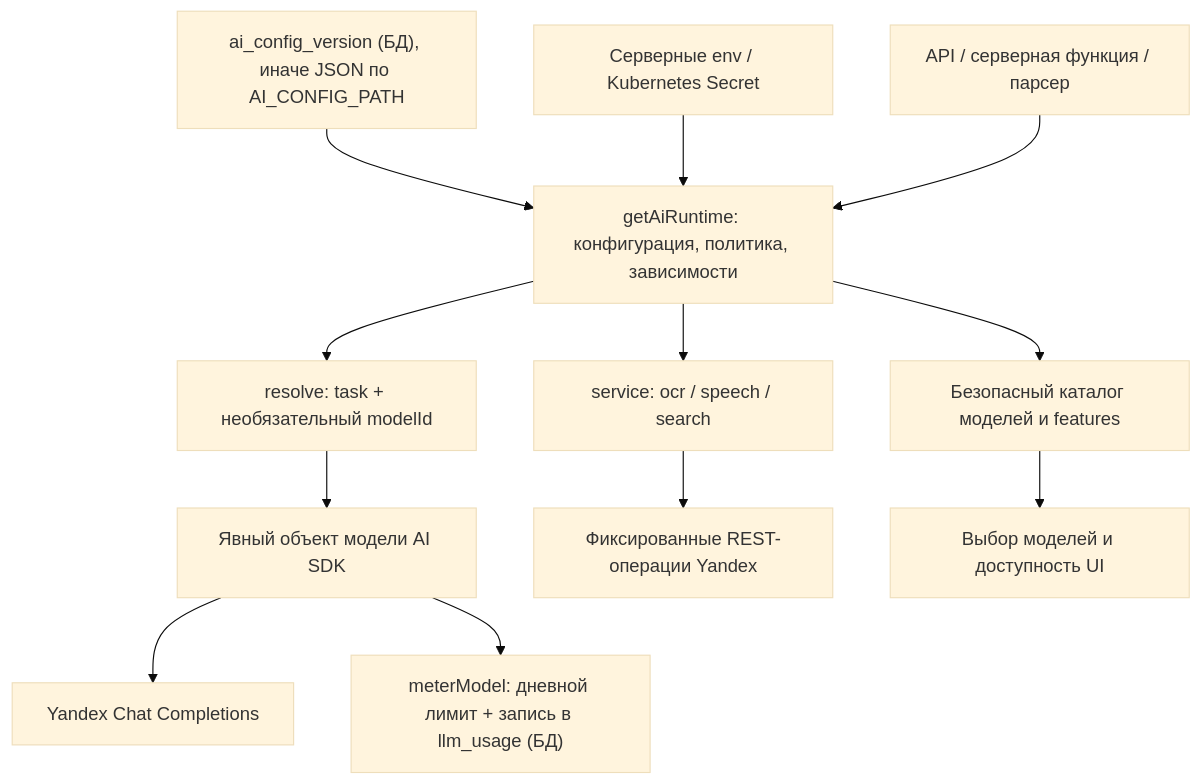
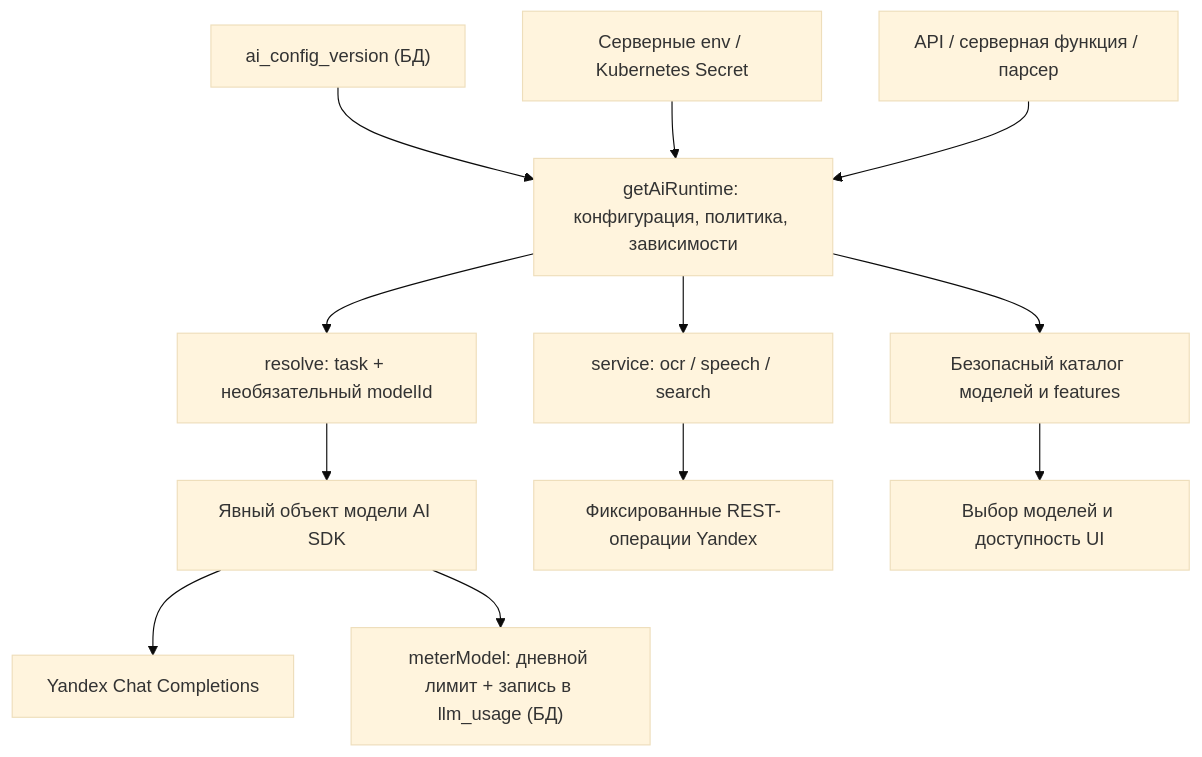
The first of 2 diagrams in docs/ai/architecture.md (in4comgroup/salesdaily-dev), drawn with Mermaid (base theme) before and after one commit. The commit also changed other lines of this file and 40 other files, not shown here.

````diff
--- a/docs/ai/architecture.md
+++ b/docs/ai/architecture.md
@@ -20,14 +20,14 @@
 ```mermaid
 flowchart TD
-    DB["ai_config_version (БД), иначе JSON по AI_CONFIG_PATH"] --> Runtime["getAiRuntime: конфигурация, политика, зависимости"]
+    DB["ai_config_version (БД)"] --> Runtime["getAiRuntime: конфигурация, политика, зависимости"]
     Env["Серверные env / Kubernetes Secret"] --> Runtime
     API["API / серверная функция / парсер"] --> Runtime
     Runtime --> Resolve["resolve: task + необязательный modelId"]
     Resolve --> Adapter["Явный объект модели AI SDK"]
     Adapter --> Yandex["Yandex Chat Completions"]
     Runtime --> Service["service: ocr / speech / search"]
     Service --> HTTP["Фиксированные REST-операции Yandex"]
     Adapter --> Meter["meterModel: дневной лимит + запись в llm_usage (БД)"]
     Runtime --> Catalog["Безопасный каталог моделей и features"]
     Catalog --> UI["Выбор моделей и доступность UI"]
 ```
````
